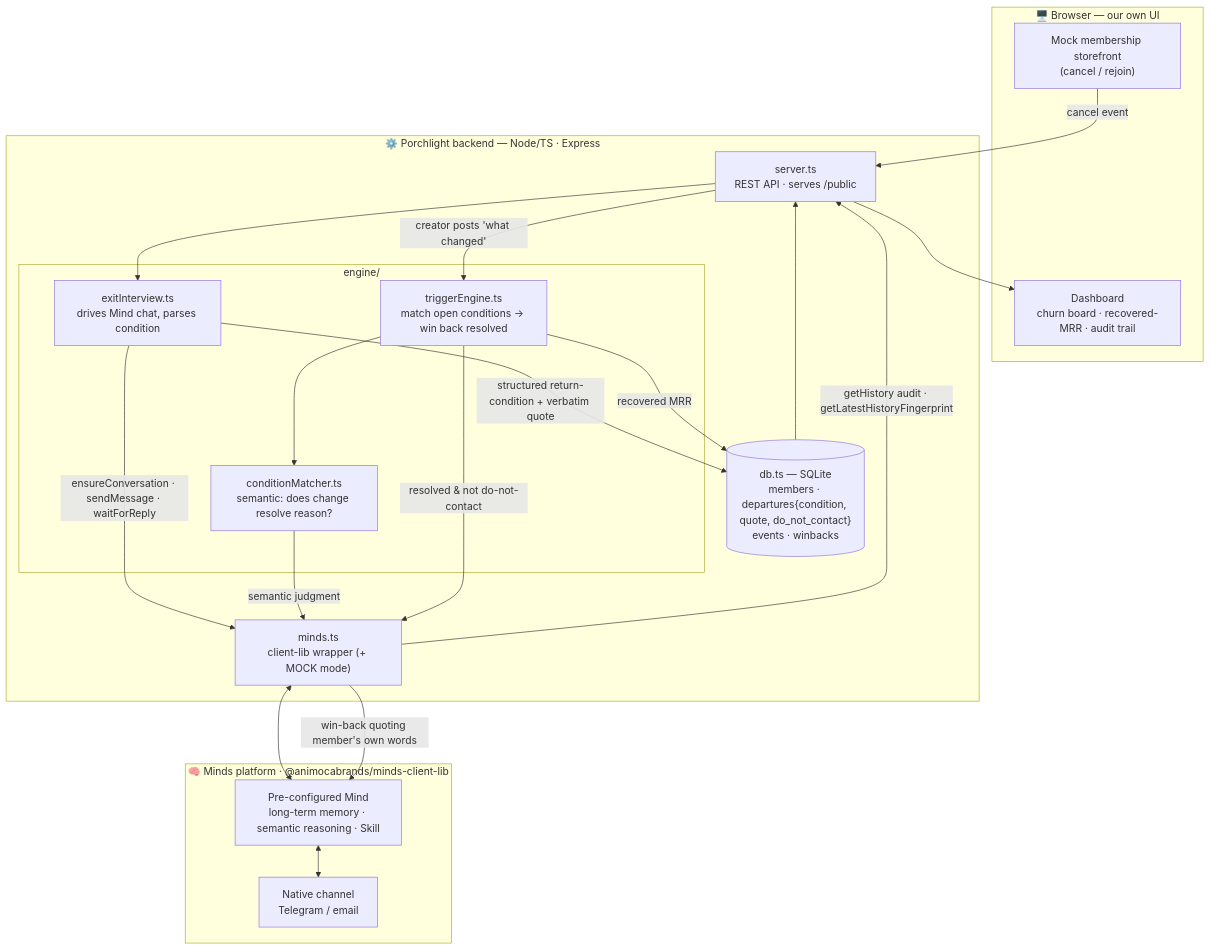
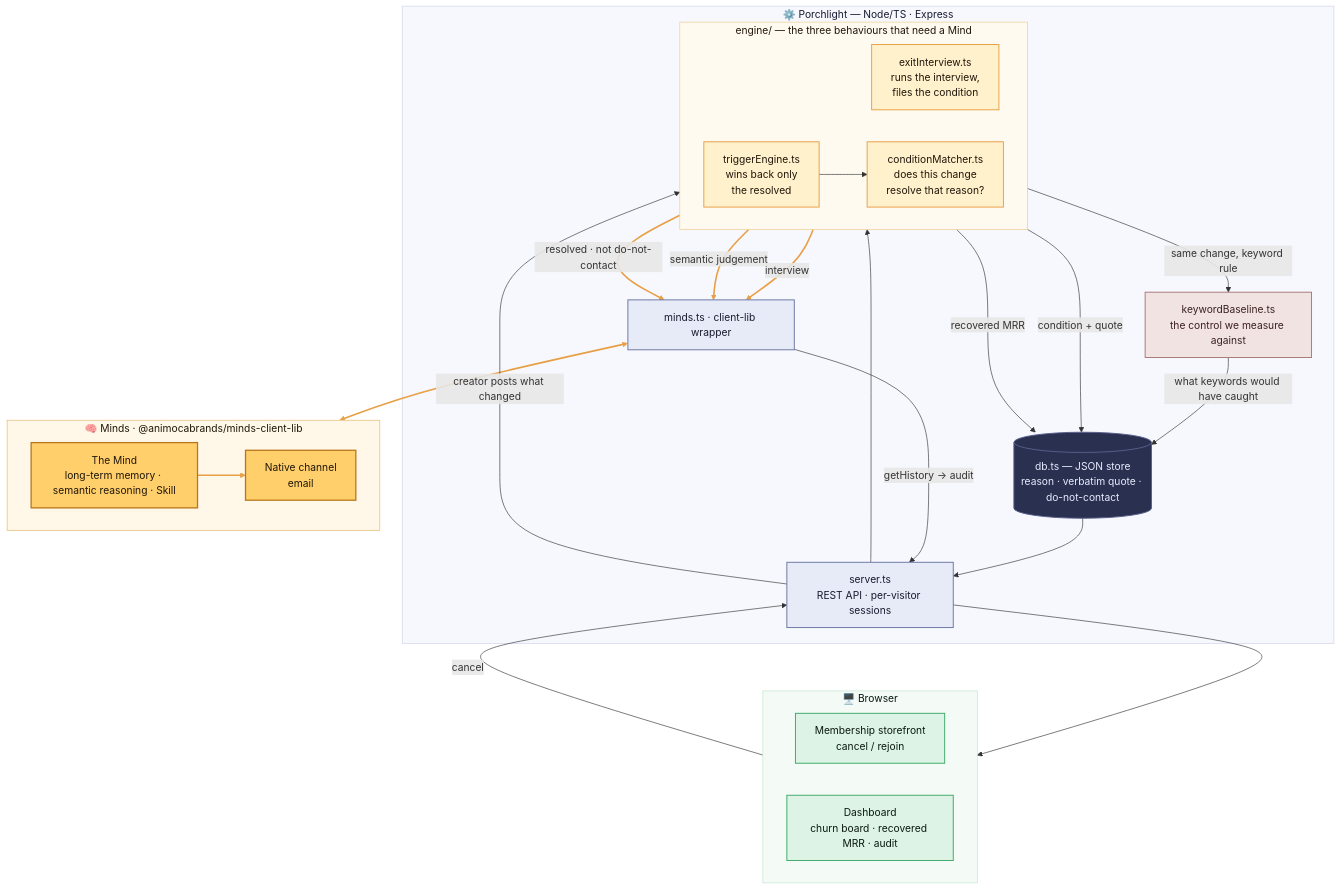
The diagram in README.md (edycutjong/porchlight), drawn with Mermaid before and after one commit.

Commit message:
docs: colour the architecture diagram and correct the storage claim
Amber marks the Mind and the code that cannot work without it, and every amber edge
is a real round-trip to the agent - so the thesis is visible at a glance instead of
having to be read out of the labels. Subgraphs get explicit tints because Mermaid's
default pale yellow fought the palette.

Also fixes a factual error: the diagram claimed 'db.ts — SQLite'. There is no SQLite
in this project and never was; db.ts is a JSON file store. A judge opening the file
would have found the README describing a database that does not exist.

Adds keywordBaseline.ts, which the diagram omitted despite it being the control that
produces the headline number. Validated by rendering: 11 nodes, 16 edges, parses clean.

````diff
--- a/README.md
+++ b/README.md
@@ -129,41 +129,69 @@
 ```mermaid
 flowchart TD
-    subgraph client["🖥️ Browser — our own UI"]
-        SF["Mock membership storefront<br/>(cancel / rejoin)"]
-        DASH["Dashboard<br/>churn board · recovered-MRR · audit trail"]
+    subgraph client["🖥️ Browser"]
+        direction LR
+        SF["Membership storefront<br/>cancel / rejoin"]
+        DASH["Dashboard<br/>churn board · recovered MRR · audit"]
     end
 
-    subgraph backend["⚙️ Porchlight backend — Node/TS · Express"]
-        SRV["server.ts<br/>REST API · serves /public"]
-        subgraph engine["engine/"]
-            EI["exitInterview.ts<br/>drives Mind chat, parses condition"]
-            CM["conditionMatcher.ts<br/>semantic: does change resolve reason?"]
-            TE["triggerEngine.ts<br/>match open conditions → win back resolved"]
+    subgraph backend["⚙️ Porchlight — Node/TS · Express"]
+        SRV["server.ts<br/>REST API · per-visitor sessions"]
+        subgraph logic["engine/ — the three behaviours that need a Mind"]
+            direction LR
+            EI["exitInterview.ts<br/>runs the interview,<br/>files the condition"]
+            CM["conditionMatcher.ts<br/>does this change<br/>resolve that reason?"]
+            TE["triggerEngine.ts<br/>wins back only<br/>the resolved"]
         end
-        MW["minds.ts<br/>client-lib wrapper (+ MOCK mode)"]
-        DB[("db.ts — SQLite<br/>members · departures{condition, quote, do_not_contact}<br/>events · winbacks")]
+        MW["minds.ts · client-lib wrapper"]
+        KB["keywordBaseline.ts<br/>the control we measure against"]
+        DB[("db.ts — JSON store<br/>reason · verbatim quote · do-not-contact")]
     end
 
-    subgraph minds["🧠 Minds platform · @animocabrands/minds-client-lib"]
-        MIND["Pre-configured Mind<br/>long-term memory · semantic reasoning · Skill"]
-        CH["Native channel<br/>Telegram / email"]
+    subgraph minds["🧠 Minds · @animocabrands/minds-client-lib"]
+        direction LR
+        MIND["The Mind<br/>long-term memory · semantic reasoning · Skill"]
+        CH["Native channel<br/>email"]
     end
 
-    SF -- "cancel event" --> SRV
+    SF -- "cancel" --> SRV
     SRV --> EI
-    EI -- "ensureConversation · sendMessage · waitForReply" --> MW
+    SRV -- "creator posts what changed" --> TE
+    TE --> CM
+    TE -- "same change, keyword rule" --> KB
+
+    EI -- "interview" --> MW
+    CM -- "semantic judgement" --> MW
+    TE -- "resolved · not do-not-contact" --> MW
     MW <--> MIND
-    MIND <--> CH
-    EI -- "structured return-condition + verbatim quote" --> DB
+    MIND --> CH
 
-    SRV -- "creator posts 'what changed'" --> TE
-    TE --> CM
-    CM -- "semantic judgment" --> MW
-    TE -- "resolved & not do-not-contact" --> MW
-    MW -- "win-back quoting member's own words" --> MIND
+    EI -- "condition + quote" --> DB
     TE -- "recovered MRR" --> DB
+    KB -- "what keywords would have caught" --> DB
+    DB --> SRV
+    MW -- "getHistory → audit" --> SRV
+    SRV --> DASH
 
-    DB --> SRV
-    MW -- "getHistory audit · getLatestHistoryFingerprint" --> SRV
-    SRV --> DASH
+    %% Amber = the Mind, and the code that cannot work without it.
+    %% Every amber edge is a real round-trip to the agent.
+    classDef agent fill:#ffcf6b,stroke:#b8761a,stroke-width:2px,color:#20160a
+    classDef brainwork fill:#fff1cc,stroke:#e89f45,stroke-width:1.5px,color:#20160a
+    classDef plumbing fill:#e7ebf8,stroke:#6b76a3,stroke-width:1.5px,color:#171b2e
+    classDef store fill:#2a3050,stroke:#575f8a,stroke-width:1.5px,color:#e9ecff
+    classDef ui fill:#dcf3e5,stroke:#3fa96a,stroke-width:1.5px,color:#0b1a10
+    classDef control fill:#f2e3e3,stroke:#a87878,stroke-width:1.5px,color:#3a2020
+
+    class MIND,CH agent
+    class EI,CM,TE brainwork
+    class SRV,MW plumbing
+    class DB store
+    class SF,DASH ui
+    class KB control
+
+    style client fill:#f4fbf7,stroke:#bfe3cd,color:#0b1a10
+    style backend fill:#f7f8fd,stroke:#ccd3ea,color:#171b2e
+    style logic fill:#fffaf0,stroke:#edc98a,color:#20160a
+    style minds fill:#fff8e8,stroke:#e2b666,color:#20160a
+
+    linkStyle 5,6,7,8,9 stroke:#e89f45,stroke-width:2.5px
 ```
````
